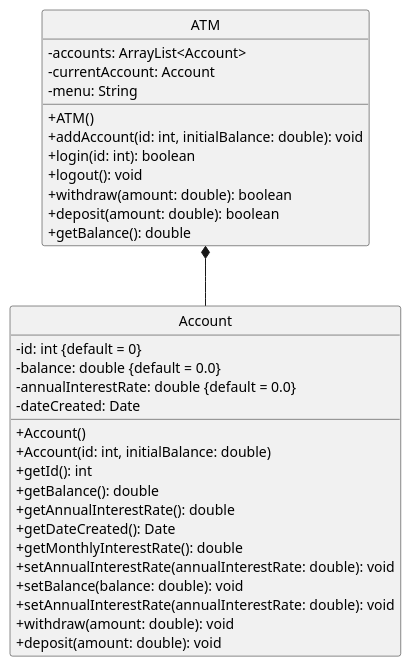
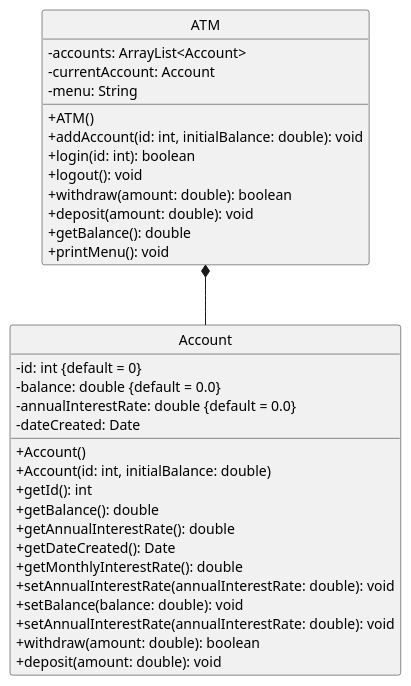
One commit to knockout101/java changed the diagram in utd_cs2336/hw4/10.7/hw10.7.puml. Above: the diagram before and after it, drawn with PlantUML. The commit also changed 10 other files, not shown here.

Commit message:
Added suedocode for hw4 and png files for UML diagrams for each problem

```diff
--- a/utd_cs2336/hw4/10.7/hw10.7.puml
+++ b/utd_cs2336/hw4/10.7/hw10.7.puml
@@ -1,40 +1,41 @@
 @startuml 
 
 skinparam classAttributeIconSize 0
 hide circle
 
 class ATM {
     -accounts: ArrayList<Account>
     -currentAccount: Account
     -menu: String
     +ATM()
     +addAccount(id: int, initialBalance: double): void
     +login(id: int): boolean
     +logout(): void
     +withdraw(amount: double): boolean
-    +deposit(amount: double): boolean
+    +deposit(amount: double): void
     +getBalance(): double
+    +printMenu(): void
 }
 
 class Account {
     -id: int {default = 0}
     -balance: double {default = 0.0}
     -annualInterestRate: double {default = 0.0}
     -dateCreated: Date
     +Account()
     +Account(id: int, initialBalance: double)
     +getId(): int
     +getBalance(): double
     +getAnnualInterestRate(): double
     +getDateCreated(): Date
     +getMonthlyInterestRate(): double
     +setAnnualInterestRate(annualInterestRate: double): void
     +setBalance(balance: double): void
     +setAnnualInterestRate(annualInterestRate: double): void
-    +withdraw(amount: double): void
+    +withdraw(amount: double): boolean
     +deposit(amount: double): void
 }
 
 ATM *-- Account
 
 @enduml
```
